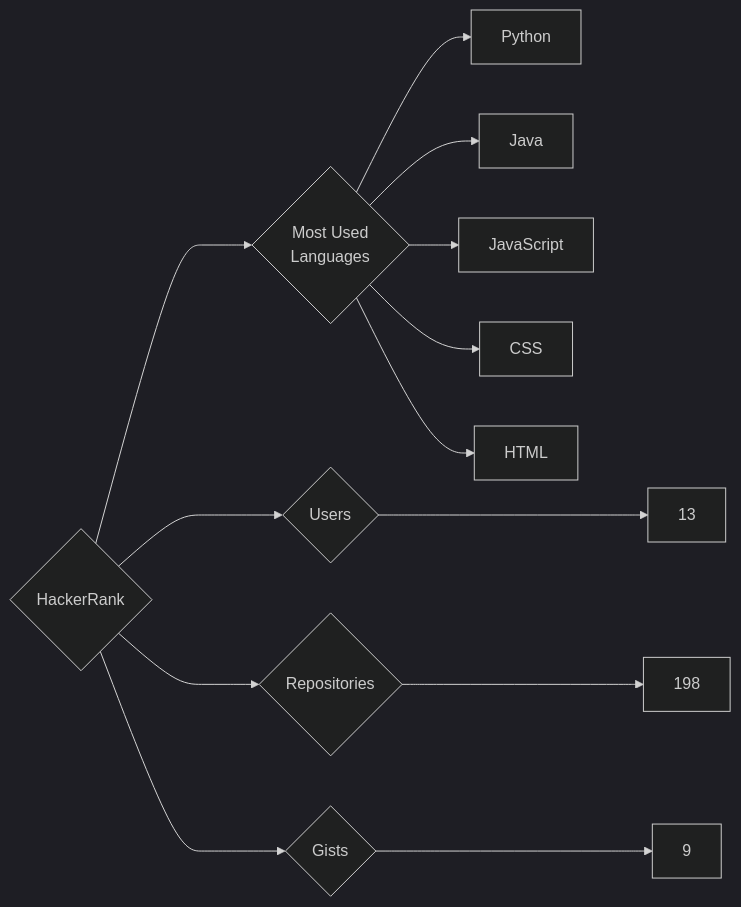
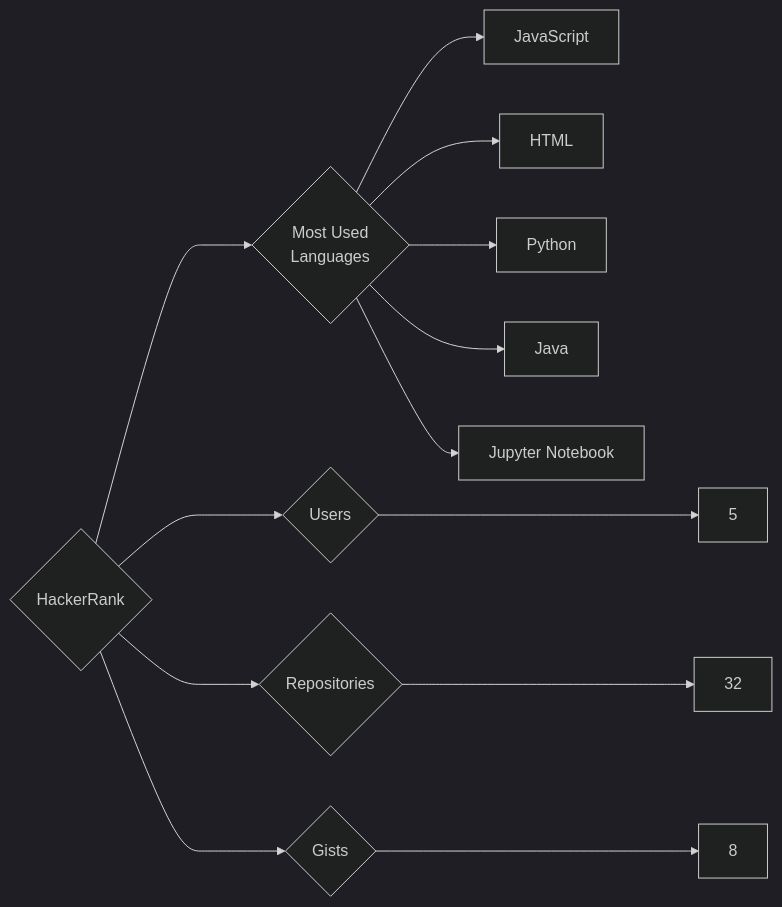
The diagram in targets/HackerRank/README.md (trickest/insiders), drawn with Mermaid (dark theme) before and after one commit. The commit also changed 898 other files, not shown here.

````diff
--- a/targets/HackerRank/README.md
+++ b/targets/HackerRank/README.md
@@ -3,13 +3,13 @@
 ```mermaid
 graph LR
 COMPANY_NAME{HackerRank}
-COMPANY_NAME ---> U{Users} ---> UN[13]
-COMPANY_NAME ---> R{Repositories} ---> RN[198]
-COMPANY_NAME ---> G{Gists} ---> GN[9]
+COMPANY_NAME ---> U{Users} ---> UN[5]
+COMPANY_NAME ---> R{Repositories} ---> RN[32]
+COMPANY_NAME ---> G{Gists} ---> GN[8]
 COMPANY_NAME ---> ML{Most Used<br>Languages}
+ML --> JavaScript[JavaScript]
+ML --> HTML[HTML]
 ML --> Python[Python]
 ML --> Java[Java]
-ML --> JavaScript[JavaScript]
-ML --> CSS[CSS]
-ML --> HTML[HTML]
+ML --> Jupyter_Notebook[Jupyter Notebook]
 ```
````
